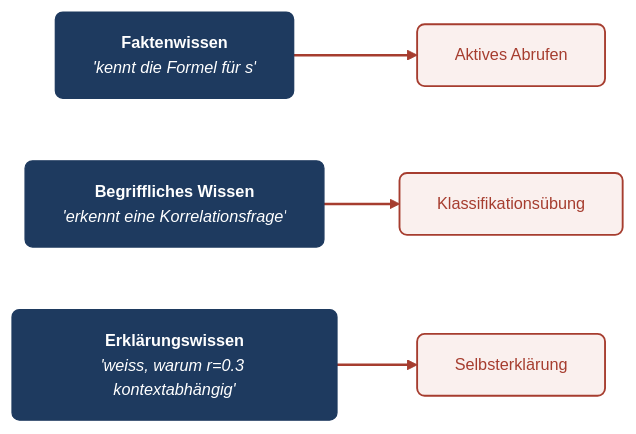
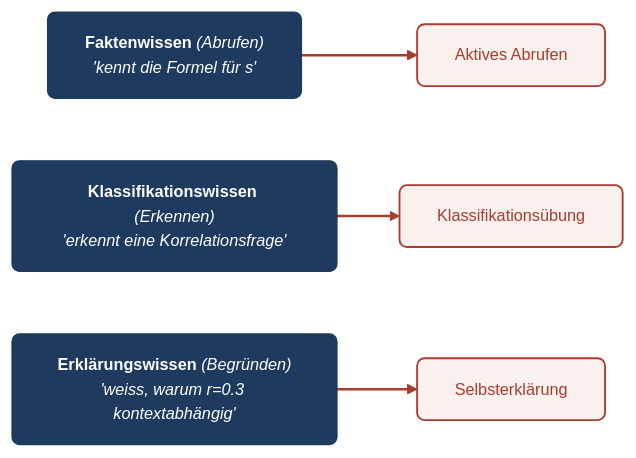
The diagram in resources/figures/fig-wissensbaustein-typen.qmd (virtuelleakademie/ki-lehre-advanced), drawn with Mermaid before and after one commit. The commit also changed 21 other files, not shown here.

````diff
--- a/resources/figures/fig-wissensbaustein-typen.qmd
+++ b/resources/figures/fig-wissensbaustein-typen.qmd
@@ -3,25 +3,25 @@
 ```{mermaid}
 %%| label: fig-wissensbaustein-typen
 %%| fig-cap: ""
 %%{init: {'theme':'base', 'themeVariables': {'fontFamily':'Space Grotesk, -apple-system, sans-serif', 'fontSize':'13px'}}}%%
 flowchart LR
-  F["<b>Faktenwissen</b><br><i>'kennt die Formel für s'</i>"]
-  B["<b>Begriffliches Wissen</b><br><i>'erkennt eine Korrelationsfrage'</i>"]
-  E["<b>Erklärungswissen</b><br><i>'weiss, warum r=0.3 kontextabhängig'</i>"]
+  F["<b>Faktenwissen</b> <i>(Abrufen)</i><br><i>'kennt die Formel für s'</i>"]
+  B["<b>Klassifikationswissen</b> <i>(Erkennen)</i><br><i>'erkennt eine Korrelationsfrage'</i>"]
+  E["<b>Erklärungswissen</b> <i>(Begründen)</i><br><i>'weiss, warum r=0.3 kontextabhängig'</i>"]
 
   AR["Aktives Abrufen"]
   KU["Klassifikationsübung"]
   SE["Selbsterklärung"]
 
   F ==> AR
   B ==> KU
   E ==> SE
 
   classDef type fill:#1E3A5F,stroke:#1E3A5F,color:#ffffff,rx:6,ry:6
   classDef mech fill:#FAF0EE,stroke:#A63D2F,stroke-width:1.5px,color:#A63D2F,rx:6,ry:6
 
   class F,B,E type
   class AR,KU,SE mech
 
   linkStyle 0,1,2 stroke:#A63D2F,stroke-width:2px
 ```
````
